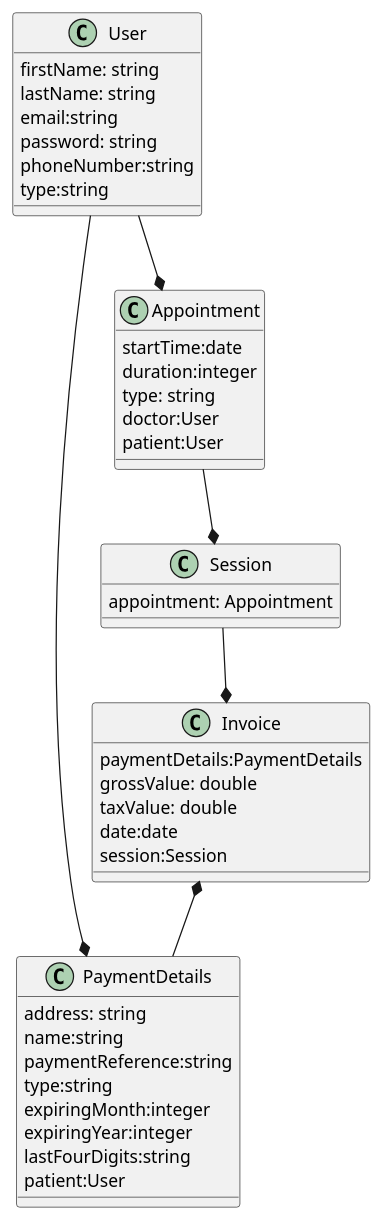
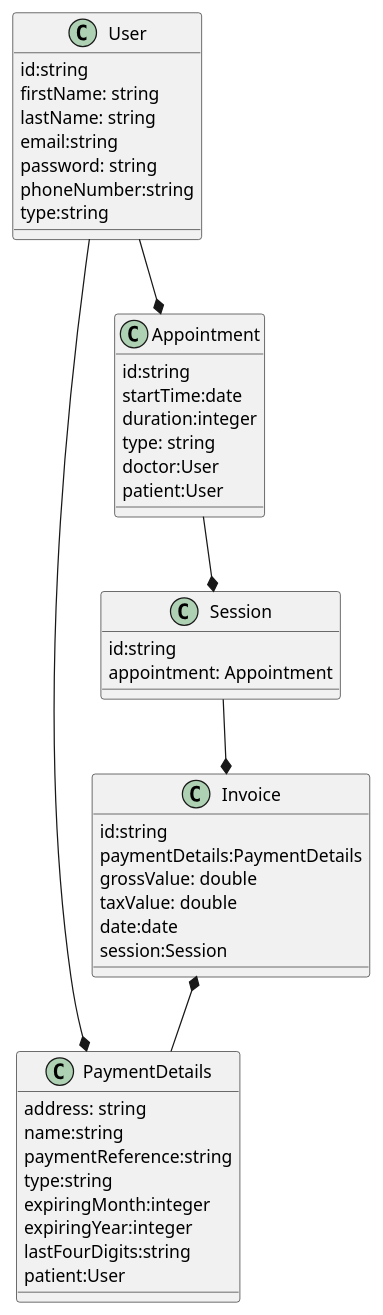
The diagram in class.puml (alinaberlin/virtual_doctor), drawn with PlantUML before and after one commit. The commit also changed 14 other files, not shown here.

```diff
--- a/class.puml
+++ b/class.puml
@@ -1,44 +1,48 @@
 @startuml classes_diagram
 
 class User{
+    id:string
     firstName: string
     lastName: string
     email:string
     password: string
     phoneNumber:string
     type:string
 }
 class PaymentDetails{
     address: string
     name:string
     paymentReference:string
     type:string
     expiringMonth:integer
     expiringYear:integer
     lastFourDigits:string
     patient:User
 }
     class Appointment{
+    id:string
     startTime:date
     duration:integer
     type: string
     doctor:User
     patient:User
 }
 
 class Session{
+    id:string
     appointment: Appointment
 }
 class Invoice {
+    id:string
     paymentDetails:PaymentDetails
     grossValue: double
     taxValue: double
     date:date
     session:Session
 }
 User --* Appointment
 User --* PaymentDetails
 Appointment --* Session
 Session --* Invoice
 Invoice *-- PaymentDetails
 @enduml
```
